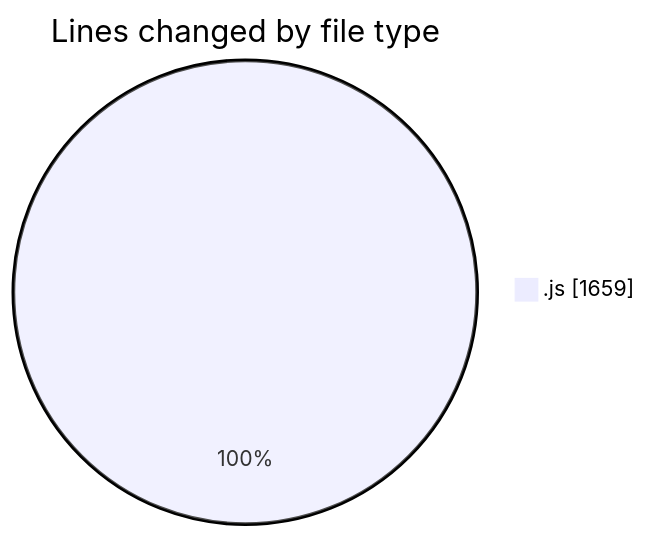
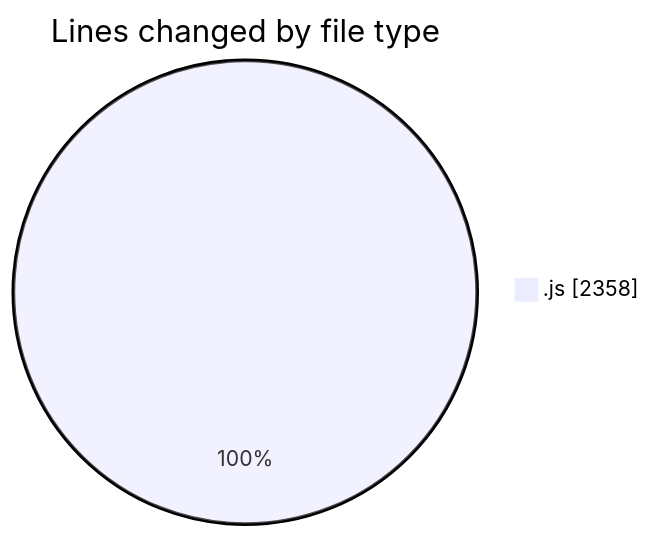
One commit to nxtqubesakshisongat/code-tracking changed the first of 2 diagrams in 2025-12-29/nxtqube_webapp/README.md. Above: the diagram before and after it, drawn with Mermaid. The commit also changed other lines of this file and 1 other file, not shown here.

````diff
--- a/2025-12-29/nxtqube_webapp/README.md
+++ b/2025-12-29/nxtqube_webapp/README.md
@@ -21,5 +21,5 @@
 ```mermaid
 pie showData
 title Lines changed by file type
-".js" : 1659
+".js" : 2358
 ```
````
